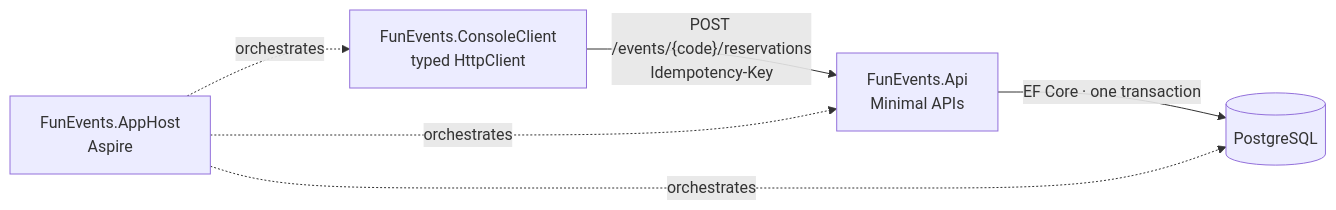
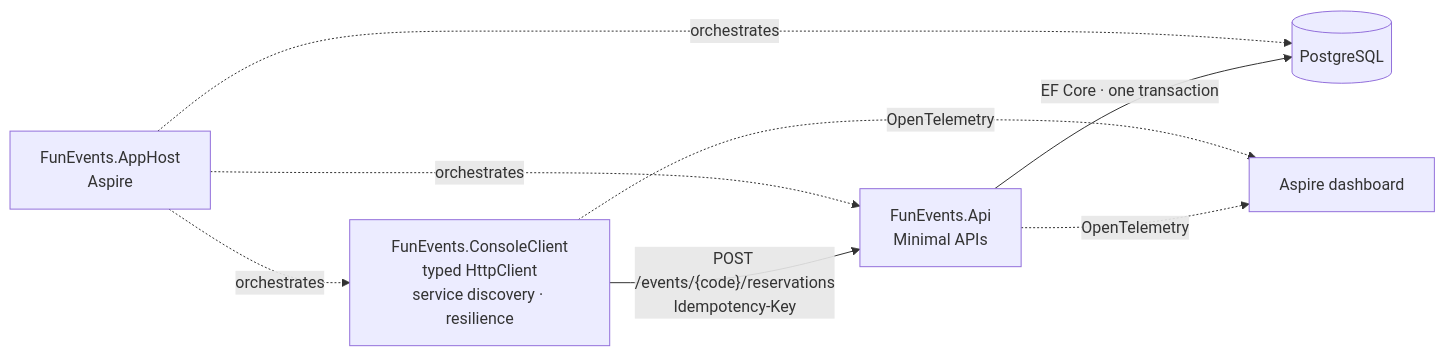
The second of 3 diagrams in README.md (juanfernandez03/funevents-ticketing), drawn with Mermaid before and after one commit. The commit also changed other lines of this file and 2 other files, not shown here.

First line of the commit message:
docs: README with run instructions, API, sample output and the TDD history

````diff
--- a/README.md
+++ b/README.md
@@ -65,6 +131,8 @@
 ```mermaid
 flowchart LR
-    client[FunEvents.ConsoleClient<br/>typed HttpClient] -- "POST /events/{code}/reservations<br/>Idempotency-Key" --> api[FunEvents.Api<br/>Minimal APIs]
+    client[FunEvents.ConsoleClient<br/>typed HttpClient<br/>service discovery · resilience] -- "POST /events/{code}/reservations<br/>Idempotency-Key" --> api[FunEvents.Api<br/>Minimal APIs]
     api -- "EF Core · one transaction" --> db[(PostgreSQL)]
     apphost[FunEvents.AppHost<br/>Aspire] -. orchestrates .-> client & api & db
+    api -. OpenTelemetry .-> dashboard[Aspire dashboard]
+    client -. OpenTelemetry .-> dashboard
 ```
````
